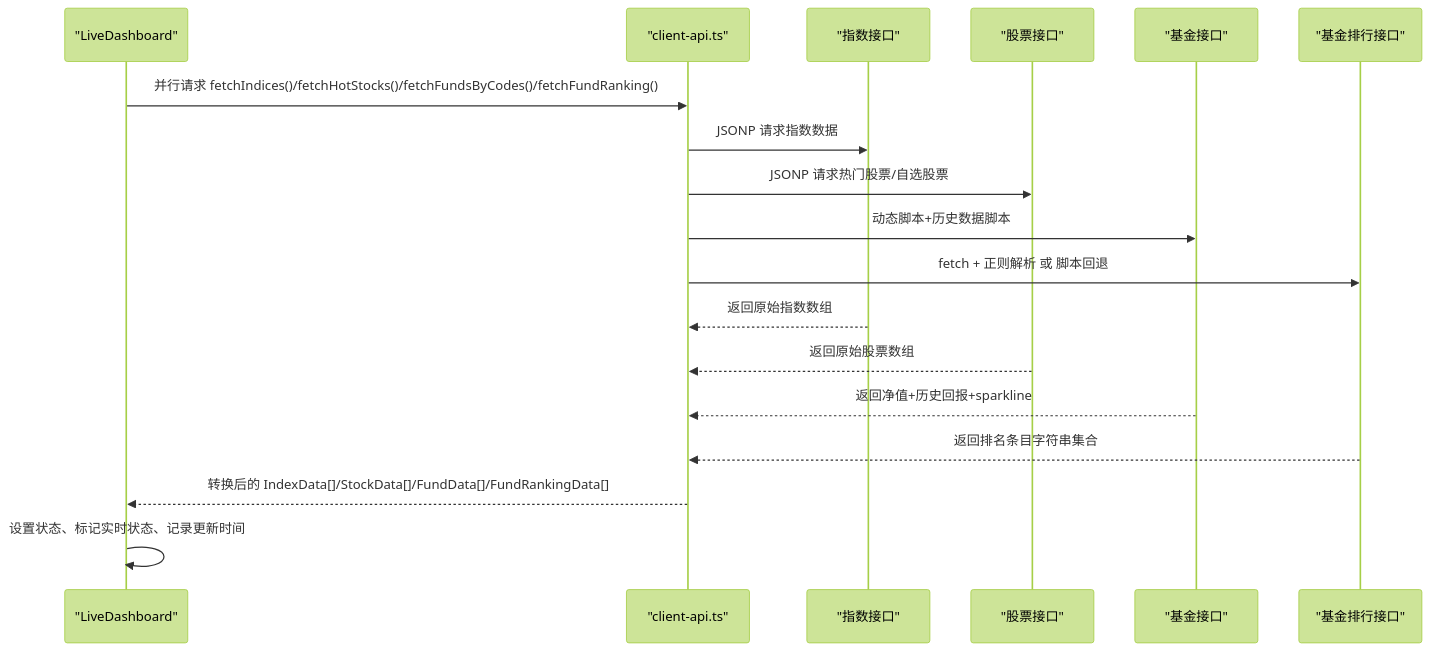
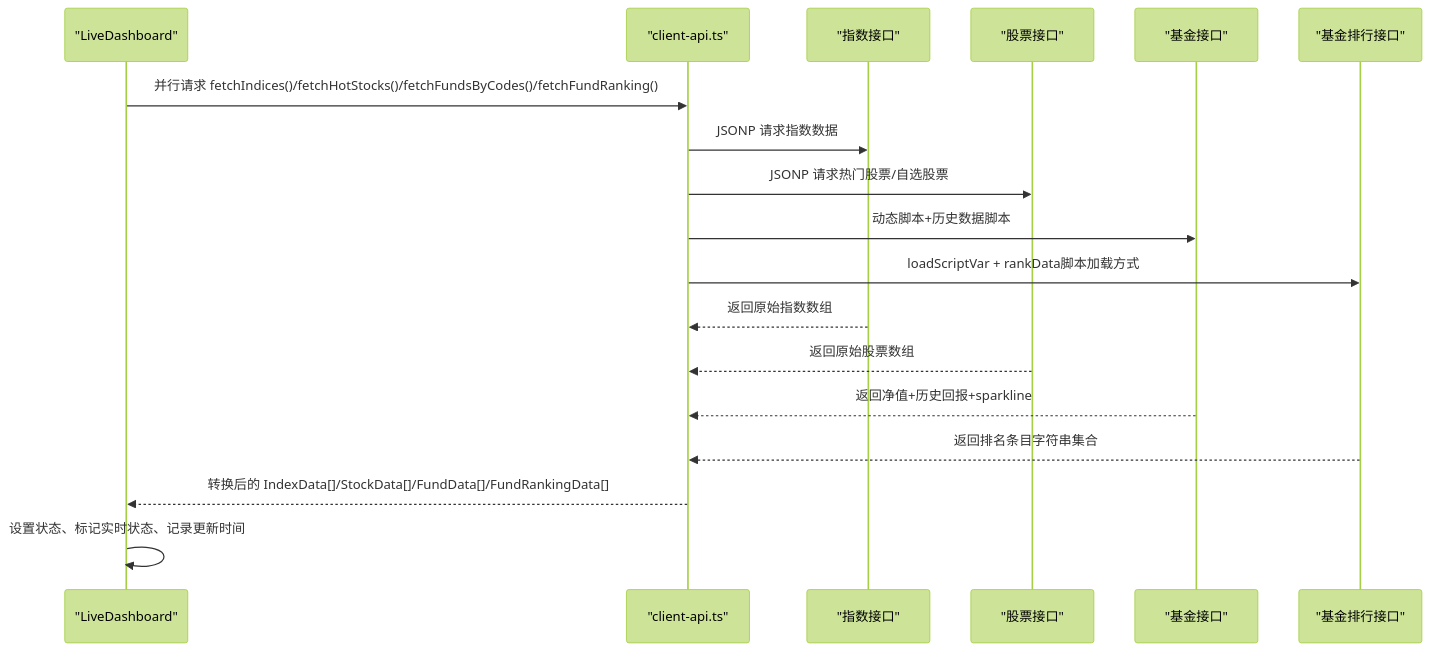
Before and after one commit to Neveryu/react-fund: the second of 8 diagrams in .qoder/repowiki/zh/content/技术架构/数据流架构/数据转换管道/数据转换管道.md, drawn with Mermaid (forest theme). The commit also changed other lines of this file and 15 other files, not shown here.

````diff
--- a/.qoder/repowiki/zh/content/技术架构/数据流架构/数据转换管道/数据转换管道.md
+++ b/.qoder/repowiki/zh/content/技术架构/数据流架构/数据转换管道/数据转换管道.md
@@ -107,20 +107,20 @@
 ```mermaid
 sequenceDiagram
 participant UI as "LiveDashboard"
 participant API as "client-api.ts"
 participant IDX as "指数接口"
 participant STK as "股票接口"
 participant FND as "基金接口"
 participant RANK as "基金排行接口"
 UI->>API : 并行请求 fetchIndices()/fetchHotStocks()/fetchFundsByCodes()/fetchFundRanking()
 API->>IDX : JSONP 请求指数数据
 API->>STK : JSONP 请求热门股票/自选股票
 API->>FND : 动态脚本+历史数据脚本
-API->>RANK : fetch + 正则解析 或 脚本回退
+API->>RANK : loadScriptVar + rankData脚本加载方式
 IDX-->>API : 返回原始指数数组
 STK-->>API : 返回原始股票数组
 FND-->>API : 返回净值+历史回报+sparkline
 RANK-->>API : 返回排名条目字符串集合
 API-->>UI : 转换后的 IndexData[]/StockData[]/FundData[]/FundRankingData[]
 UI->>UI : 设置状态、标记实时状态、记录更新时间
 ```
````
